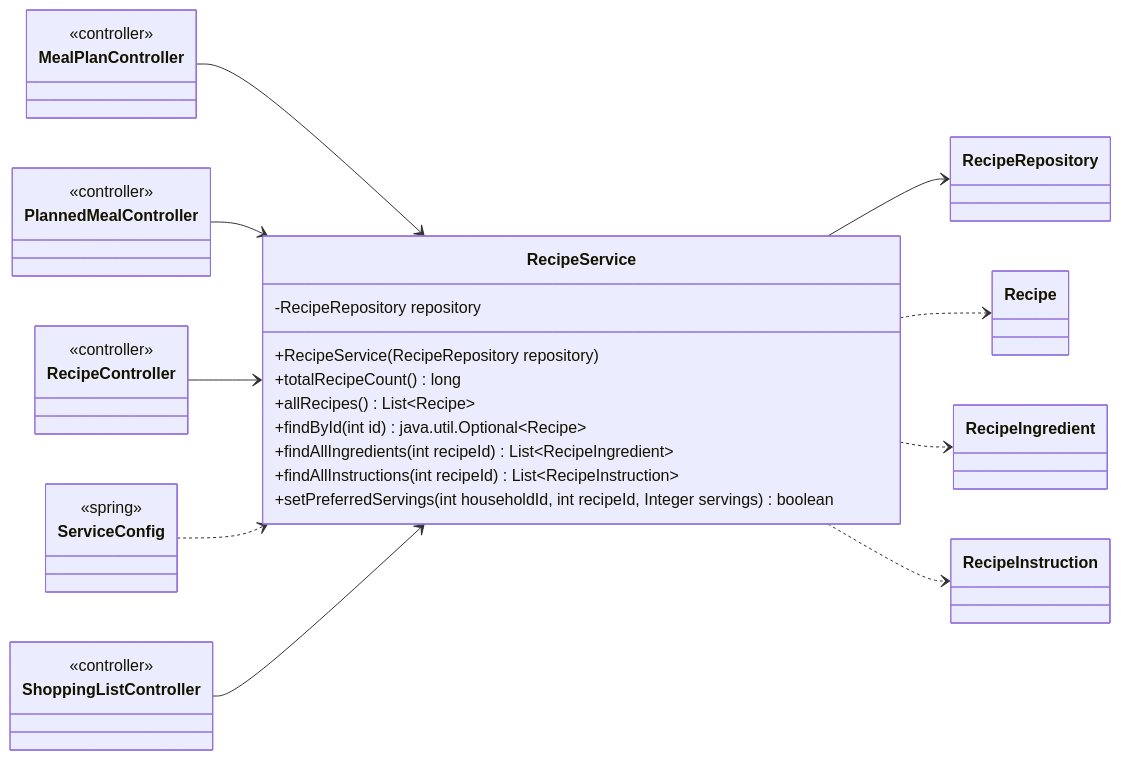
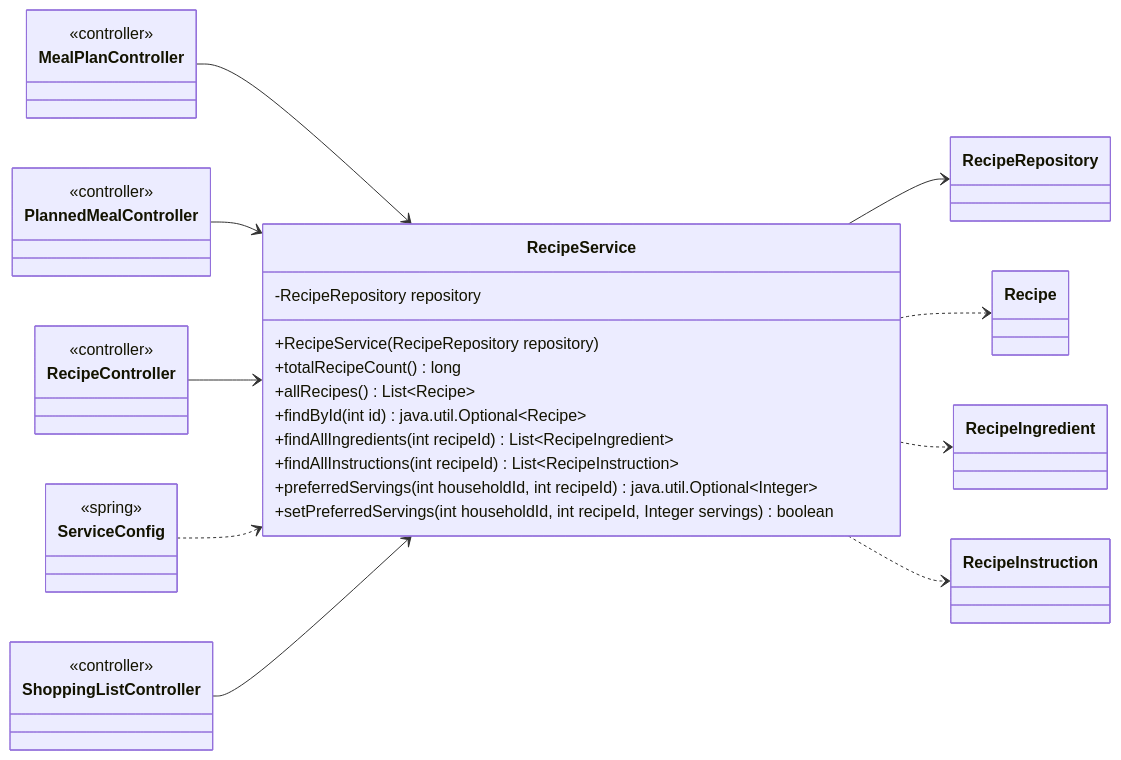
One commit to Nate-ryan-7690/dahaem changed diagram 21 of 26 in docs/classes/mealplanner.md. Above: the diagram before and after it, drawn with Mermaid. The commit also changed other lines of this file and 5 other files, not shown here.

````diff
--- a/docs/classes/mealplanner.md
+++ b/docs/classes/mealplanner.md
@@ -1282,42 +1284,43 @@
 ```mermaid
 classDiagram
     direction LR
     class mealplanner_RecipeService["RecipeService"] {
         -RecipeRepository repository
         +RecipeService(RecipeRepository repository)
         +totalRecipeCount() long
         +allRecipes() List~Recipe~
         +findById(int id) java.util.Optional~Recipe~
         +findAllIngredients(int recipeId) List~RecipeIngredient~
         +findAllInstructions(int recipeId) List~RecipeInstruction~
+        +preferredServings(int householdId, int recipeId) java.util.Optional~Integer~
         +setPreferredServings(int householdId, int recipeId, Integer servings) boolean
     }
     class mealplanner_RecipeRepository["RecipeRepository"]
     class api_MealPlanController["MealPlanController"] {
         <<controller>>
     }
     class api_PlannedMealController["PlannedMealController"] {
         <<controller>>
     }
     class api_RecipeController["RecipeController"] {
         <<controller>>
     }
     class api_ShoppingListController["ShoppingListController"] {
         <<controller>>
     }
     class mealplanner_Recipe["Recipe"]
     class mealplanner_RecipeIngredient["RecipeIngredient"]
     class mealplanner_RecipeInstruction["RecipeInstruction"]
     class api_ServiceConfig["ServiceConfig"] {
         <<spring>>
     }
     mealplanner_RecipeService --> mealplanner_RecipeRepository
     mealplanner_RecipeService ..> mealplanner_Recipe
     mealplanner_RecipeService ..> mealplanner_RecipeIngredient
     mealplanner_RecipeService ..> mealplanner_RecipeInstruction
     api_MealPlanController --> mealplanner_RecipeService
     api_PlannedMealController --> mealplanner_RecipeService
     api_RecipeController --> mealplanner_RecipeService
     api_ServiceConfig ..> mealplanner_RecipeService
     api_ShoppingListController --> mealplanner_RecipeService
 ```
````
